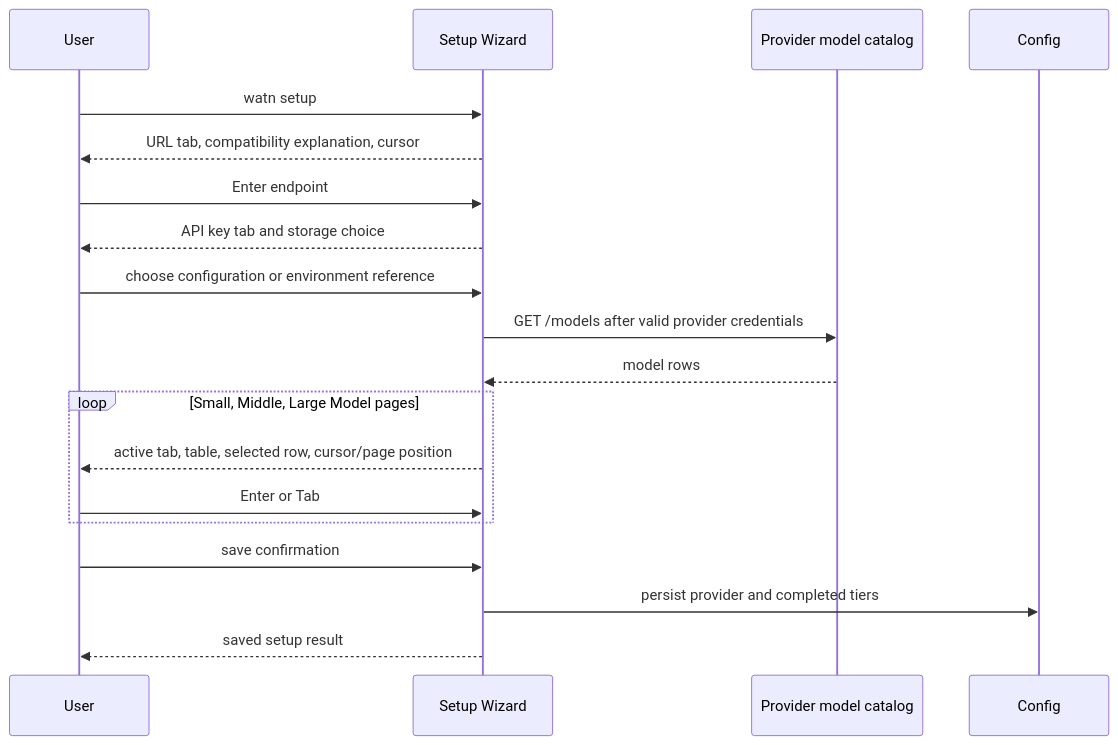
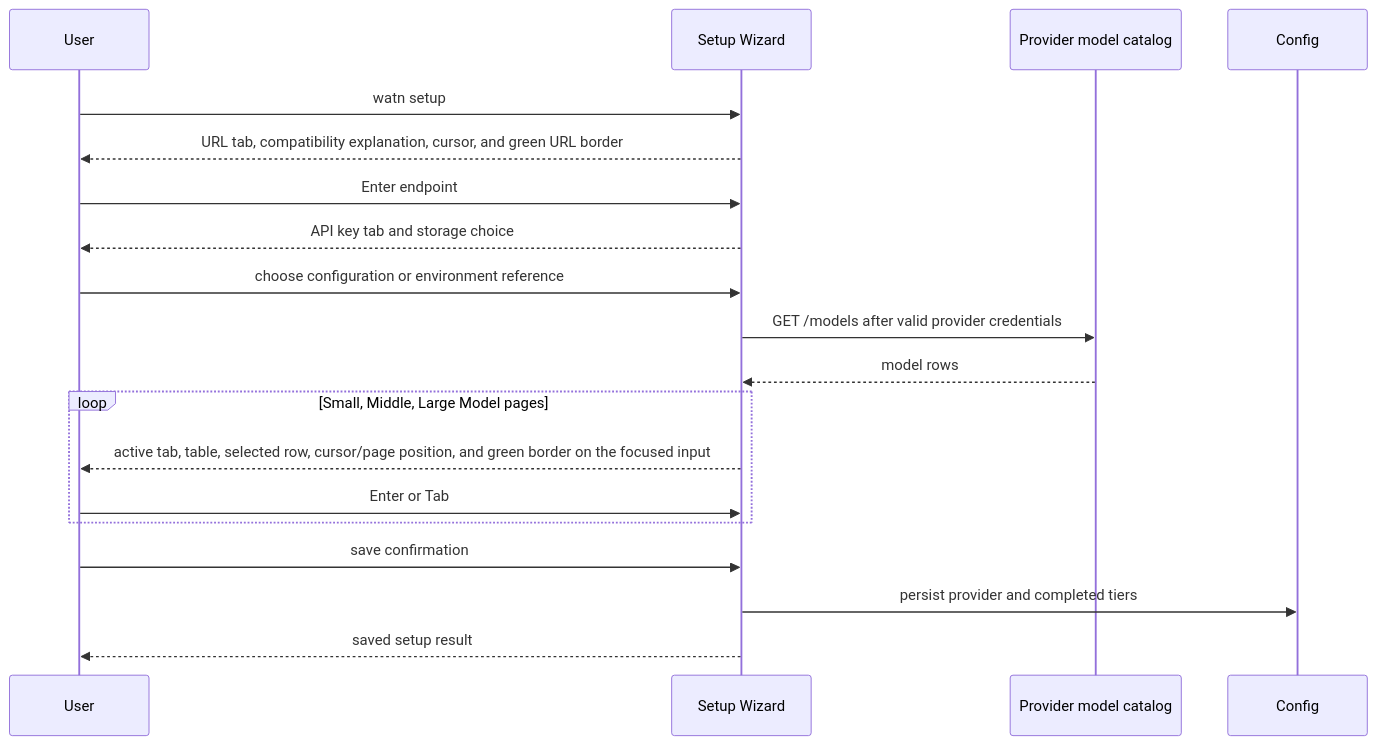
One commit to buster/watn changed diagram 14 of 19 in docs/arc42/06-runtime-view.md. Above: the diagram before and after it, drawn with Mermaid. The commit also changed other lines of this file and 18 other files, not shown here.

Commit message:
feat(highlight-active-setup-input): The initial URL input has a green border

````diff
--- a/docs/arc42/06-runtime-view.md
+++ b/docs/arc42/06-runtime-view.md
@@ -519,22 +524,22 @@
 ```mermaid
 sequenceDiagram
     participant User as User
     participant Wizard as Setup Wizard
     participant Catalog as Provider model catalog
     participant Config as Config
 
     User->>Wizard: watn setup
-    Wizard-->>User: URL tab, compatibility explanation, cursor
+    Wizard-->>User: URL tab, compatibility explanation, cursor, and green URL border
     User->>Wizard: Enter endpoint
     Wizard-->>User: API key tab and storage choice
     User->>Wizard: choose configuration or environment reference
     Wizard->>Catalog: GET /models after valid provider credentials
     Catalog-->>Wizard: model rows
     loop Small, Middle, Large Model pages
-        Wizard-->>User: active tab, table, selected row, cursor/page position
+        Wizard-->>User: active tab, table, selected row, cursor/page position, and green border on the focused input
         User->>Wizard: Enter or Tab
     end
     User->>Wizard: save confirmation
     Wizard->>Config: persist provider and completed tiers
     Wizard-->>User: saved setup result
 ```
````
